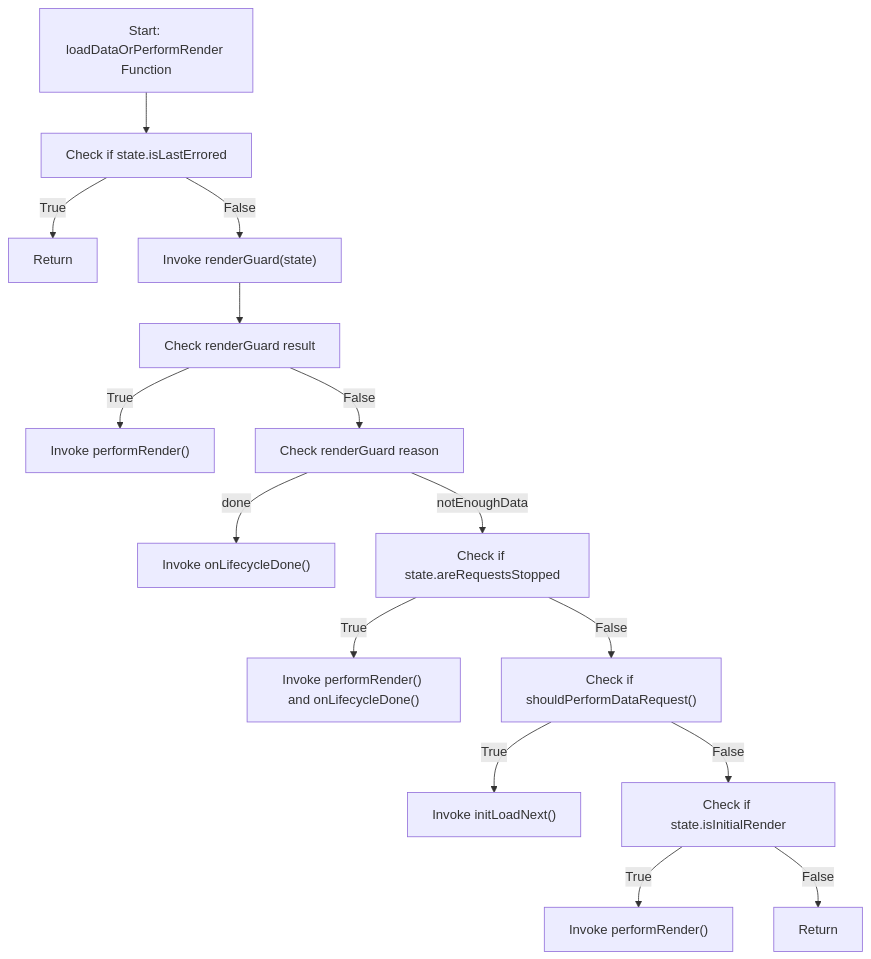
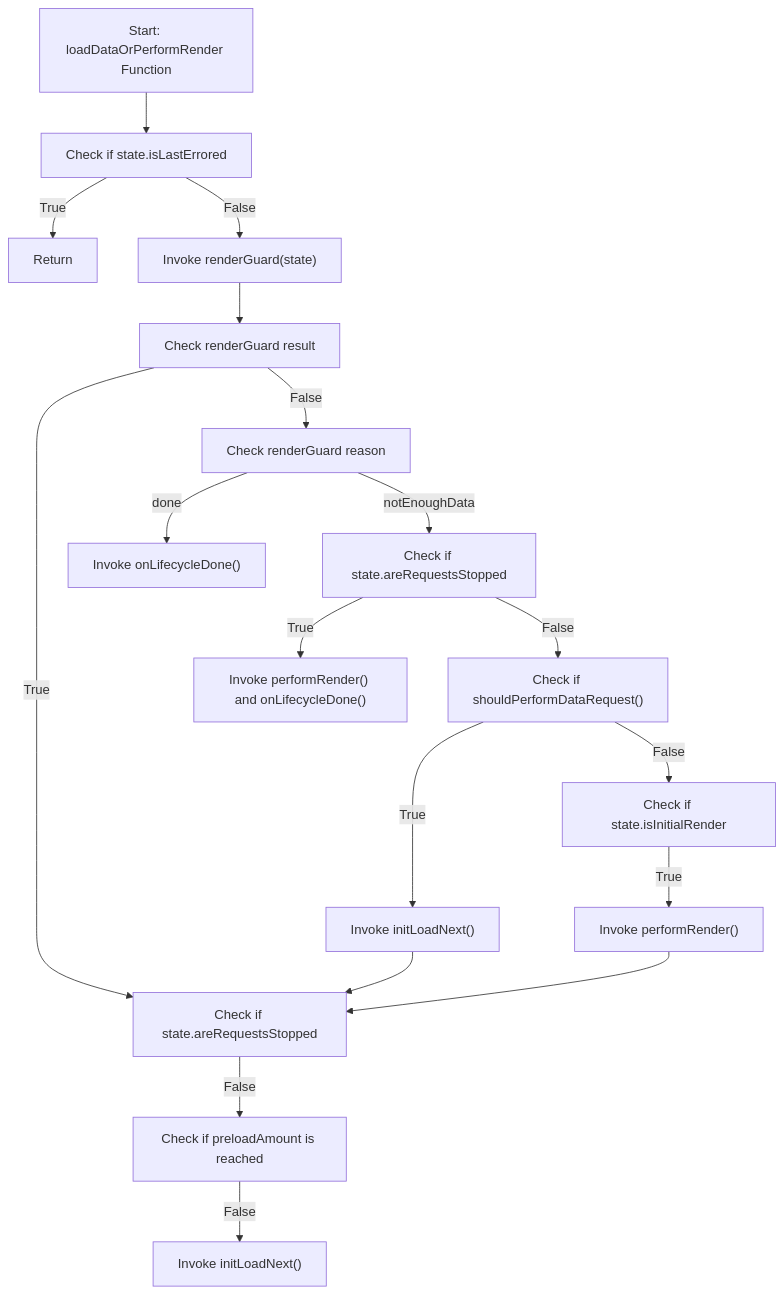
The second of 2 diagrams in src/base/b-virtual-scroll-new/README.md (V4Fire/Client), drawn with Mermaid before and after one commit. The commit also changed other lines of this file and 5 other files, not shown here.

Commit message:
Add preloadAmount

````diff
--- a/src/base/b-virtual-scroll-new/README.md
+++ b/src/base/b-virtual-scroll-new/README.md
@@ -767,17 +768,20 @@
 ```mermaid
 graph TB
     A["Start: loadDataOrPerformRender Function"] --> B["Check if state.isLastErrored"]
     B -- "True" --> C["Return"]
     B -- "False" --> D["Invoke renderGuard(state)"]
     D --> E["Check renderGuard result"]
     E -- "True" --> F["Invoke performRender()"]
     E -- "False" --> G["Check renderGuard reason"]
     G -- "done" --> H["Invoke onLifecycleDone()"]
     G -- "notEnoughData" --> I["Check if state.areRequestsStopped"]
     I -- "True" --> J["Invoke performRender() and onLifecycleDone()"]
     I -- "False" --> K["Check if shouldPerformDataRequest()"]
     K -- "True" --> L["Invoke initLoadNext()"]
     K -- "False" --> M["Check if state.isInitialRender"]
     M -- "True" --> N["Invoke performRender()"]
-    M -- "False" --> O["Return"]
+    N --> F
+    L -->  F["Check if state.areRequestsStopped"]
+    F -- "False" --> Z["Check if preloadAmount is reached"]
+    Z -- "False" --> X["Invoke initLoadNext()"]
 ```
````
